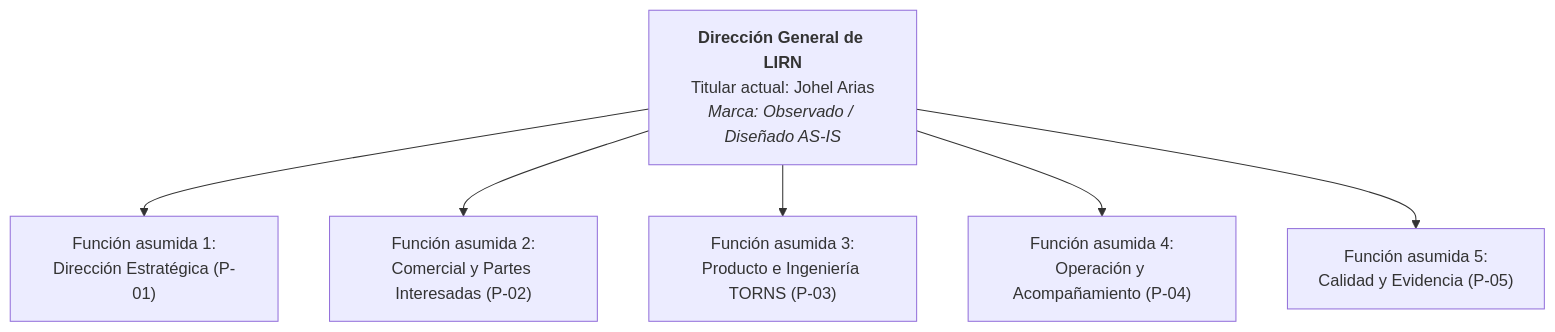
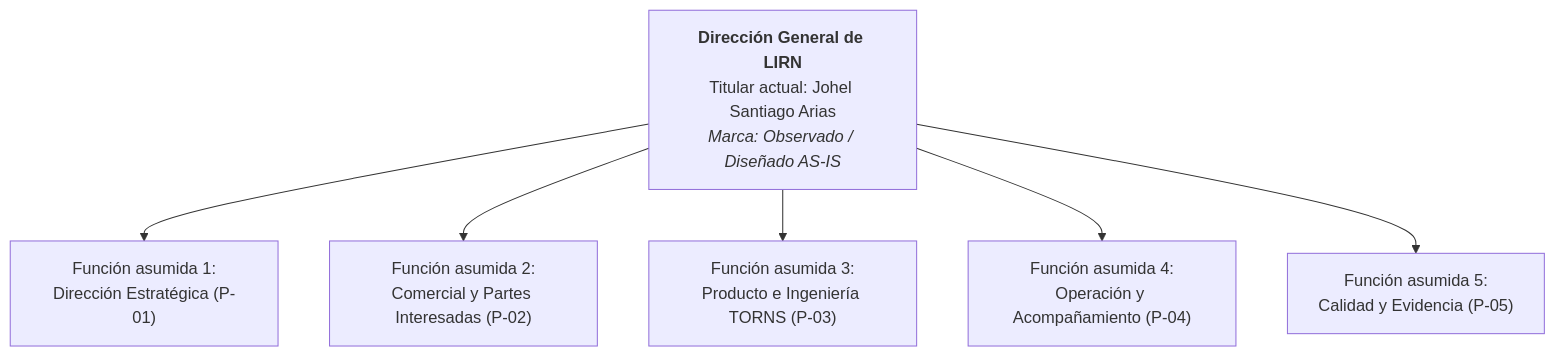
Before and after one commit to 5arSanti/tro-launcher: the diagram in docs/ae-final-project/ondas/M1-negocio/complementos/imagenes/mmd/02-1.mmd, drawn with Mermaid. The commit also changed 43 other files, not shown here.

```diff
--- a/docs/ae-final-project/ondas/M1-negocio/complementos/imagenes/mmd/02-1.mmd
+++ b/docs/ae-final-project/ondas/M1-negocio/complementos/imagenes/mmd/02-1.mmd
@@ -1,14 +1,14 @@
 flowchart TD
-    DG["<b>Dirección General de LIRN</b><br/>Titular actual: Johel Arias<br/><i>Marca: Observado / Diseñado AS-IS</i>"]
+    DG["<b>Dirección General de LIRN</b><br/>Titular actual: Johel Santiago Arias<br/><i>Marca: Observado / Diseñado AS-IS</i>"]
     
     R1["Función asumida 1:<br/>Dirección Estratégica (P-01)"]
     R2["Función asumida 2:<br/>Comercial y Partes Interesadas (P-02)"]
     R3["Función asumida 3:<br/>Producto e Ingeniería TORNS (P-03)"]
     R4["Función asumida 4:<br/>Operación y Acompañamiento (P-04)"]
     R5["Función asumida 5:<br/>Calidad y Evidencia (P-05)"]
 
     DG --> R1
     DG --> R2
     DG --> R3
     DG --> R4
     DG --> R5
```
